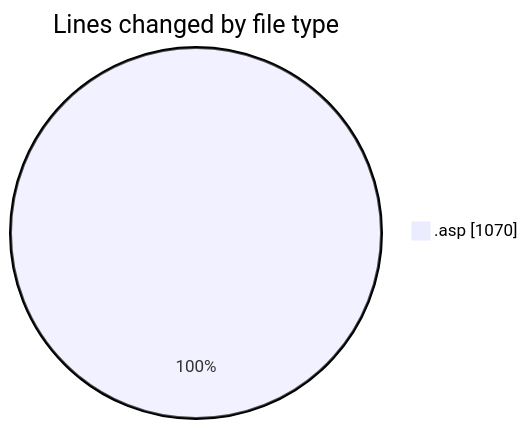
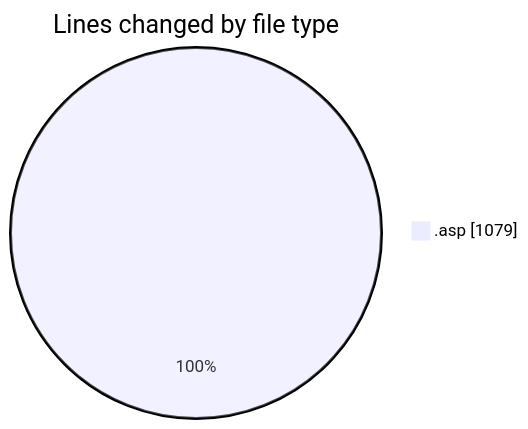
The first of 2 diagrams in 2025-10-28/usr_aleoudev_fr__workspace_/README.md (julien-gomy/code-tracking), drawn with Mermaid before and after one commit. The commit also changed other lines of this file and 1 other file, not shown here.

````diff
--- a/2025-10-28/usr_aleoudev_fr__workspace_/README.md
+++ b/2025-10-28/usr_aleoudev_fr__workspace_/README.md
@@ -25,5 +25,5 @@
 ```mermaid
 pie showData
 title Lines changed by file type
-".asp" : 1070
+".asp" : 1079
 ```
````
